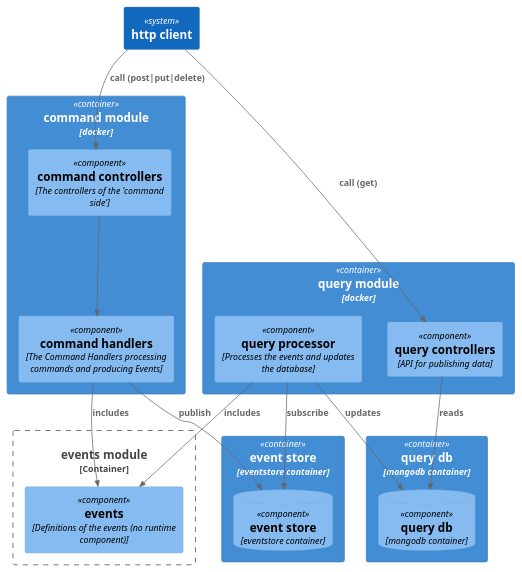
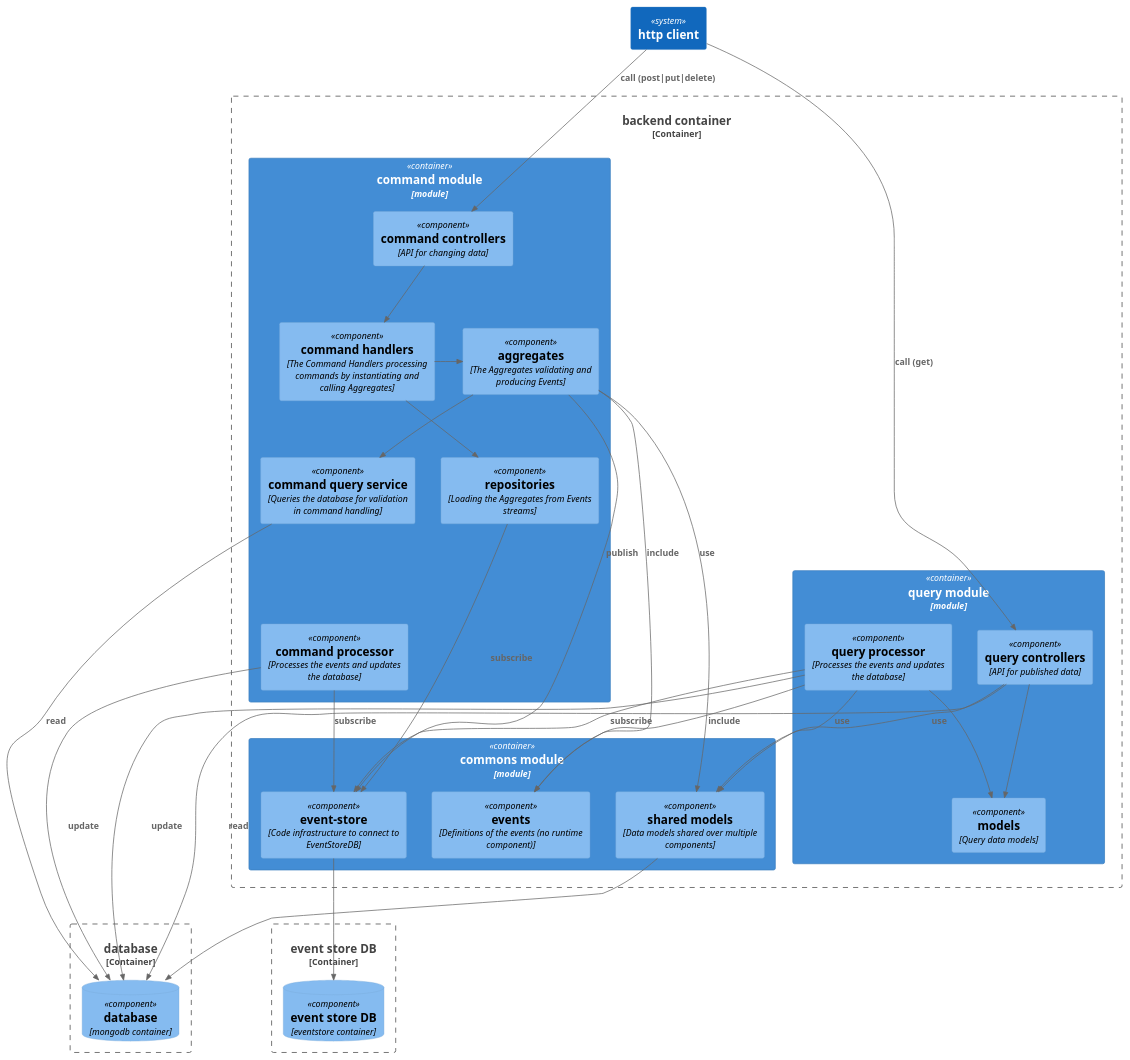
Before and after one commit to kadaster-labs/sensrnet-registry-backend: the diagram in docs/module-dependecy-graph.puml, drawn with PlantUML. The commit also changed 467 other files, not shown here.

```diff
--- a/docs/module-dependecy-graph.puml
+++ b/docs/module-dependecy-graph.puml
@@ -1,39 +1,67 @@
 @startuml "dependency-graph"
 !includeurl https://raw.githubusercontent.com/RicardoNiepel/C4-PlantUML/release/1-0/C4_Component.puml
 
-Container(queryDBContainer, "query db", "mongodb container") {
-    ComponentDb(queryDB, "query db", "mongodb container")
-}
-Container(eventStoreContainer, "event store", "eventstore container") {
-    ComponentDb(eventStore, "event store", "eventstore container")
+Container_Boundary(databaseContainer, "database") {
+    ComponentDb(database, "database", "mongodb container")
 }
 
-Container(commandModule, "command module", "docker") {
-    Component(cmdController, "command controllers", "The controllers of the 'command side'")
-    Component(cmdHandler, "command handlers", "The Command Handlers processing commands and producing Events")
-
-    Rel(cmdController, cmdHandler, " ")
-    Rel(cmdHandler, eventStore, "publish")
+Container_Boundary(eventStoreContainer, "event store DB") {
+    ComponentDb(eventStoreDB, "event store DB", "eventstore container")
 }
 
-Container(queryModule, "query module", "docker") {
-    Component(qryController, "query controllers", "API for publishing data")
-    Rel(qryController, queryDB, "reads")
+Container_Boundary(backendContainer, "backend container") {
 
-    Component(qryProcessor, "query processor", "Processes the events and updates the database")
-    Rel(qryProcessor, queryDB, "updates")
-    Rel(qryProcessor, eventStore, "subscribe")
+    Container(commonsModule, "commons module", "module") {
+        Component(events, "events", "Definitions of the events (no runtime component)")
+        Component(eventStore, "event-store", "Code infrastructure to connect to EventStoreDB")
+        Component(cmmModel, "shared models", "Data models shared over multiple components")
+        Rel(cmmModel, database, " ")
+    }
+
+    Container(commandModule, "command module", "module") {
+        Component(cmdController, "command controllers", "API for changing data")
+        Component(cmdHandler, "command handlers", "The Command Handlers processing commands by instantiating and calling Aggregates")
+        Component(aggregate, "aggregates", "The Aggregates validating and producing Events")
+        Component(repository, "repositories", "Loading the Aggregates from Events streams")
+        Component(cmdProcessor, "command processor", "Processes the events and updates the database")
+        Component(cmdQueryService, "command query service", "Queries the database for validation in command handling")
+
+        Rel(aggregate, events, "include")
+        Rel(cmdController, cmdHandler, " ")
+        Rel_R(cmdHandler, aggregate, " ")
+        Rel(cmdHandler, repository, " ")
+        Rel(aggregate, cmdQueryService, " ")
+        Rel(aggregate, eventStore, "publish")
+        Lay_D(repository, cmdProcessor)
+        Rel(repository, eventStore, "subscribe")
+        Rel(cmdProcessor, eventStore, "subscribe")
+        Rel(cmdProcessor, database, "update")
+        Rel(cmdQueryService, database, "read")
+        Rel(aggregate, cmmModel, "use")
+    }
+
+    Container(queryModule, "query module", "module") {
+        Component(qryController, "query controllers", "API for published data")
+        Rel(qryController, database, "read")
+        Rel(qryController, cmmModel, "use")
+
+        Component(qryModel, "models", "Query data models")
+
+        Component(qryProcessor, "query processor", "Processes the events and updates the database")
+        Rel(qryProcessor, events, "include")
+        Rel(qryProcessor, qryModel, " ")
+        Rel(qryProcessor, cmmModel, "use")
+        Rel(qryController, qryModel, " ")
+        Rel(qryProcessor, database, "update")
+        Rel(qryProcessor, eventStore, "subscribe")
+    }
+
 }
-
-Container_Boundary(eventsModule, "events module") {
-    Component(events, "events", "Definitions of the events (no runtime component)")
-}
-
-Rel(cmdHandler, events, "includes")
-Rel(qryProcessor, events, "includes")
 
 System(client, "http client")
 Rel(client, cmdController, "call (post|put|delete)")
 Rel(client, qryController, "call (get)")
 
+Rel(eventStore, eventStoreDB, " ")
+
 @enduml
```
